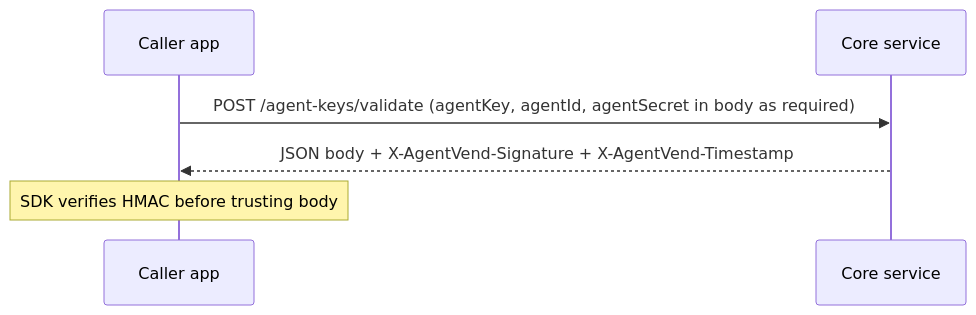
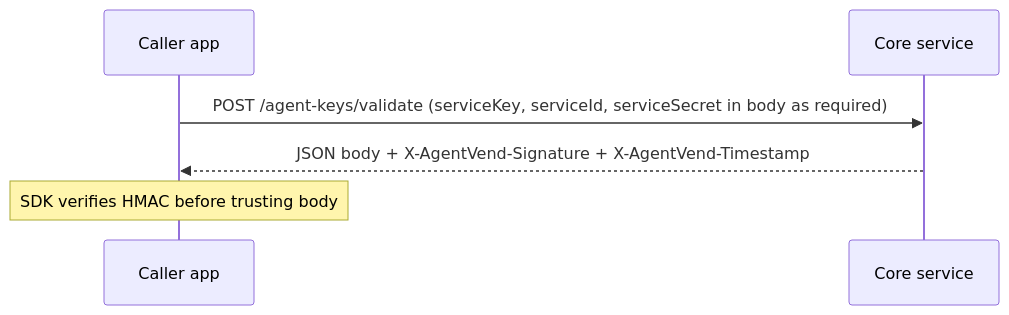
The third of 8 diagrams in docs/sdk-callers-and-backends.md (tollara/tollara-sdk), drawn with Mermaid before and after one commit. The commit also changed other lines of this file and 97 other files, not shown here.

Commit message:
Terminology update for AgentVend Service SDK

````diff
--- a/docs/sdk-callers-and-backends.md
+++ b/docs/sdk-callers-and-backends.md
@@ -93,9 +93,9 @@
 ```mermaid
 sequenceDiagram
   participant Caller as Caller app
   participant CORE as Core service
 
-  Caller->>CORE: POST /agent-keys/validate (agentKey, agentId, agentSecret in body as required)
+  Caller->>CORE: POST /agent-keys/validate (serviceKey, serviceId, serviceSecret in body as required)
   CORE-->>Caller: JSON body + X-AgentVend-Signature + X-AgentVend-Timestamp
   Note over Caller: SDK verifies HMAC before trusting body
 ```
````
